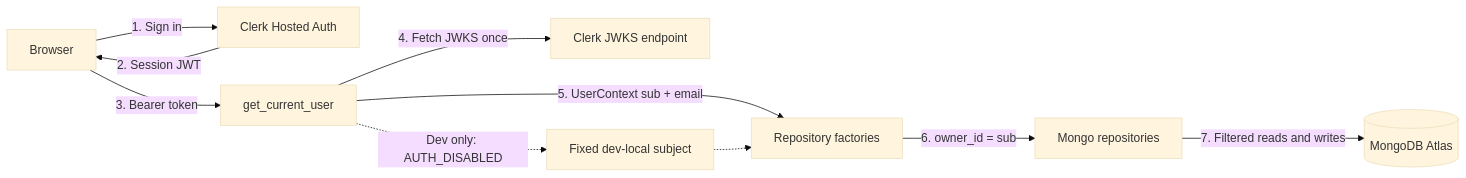
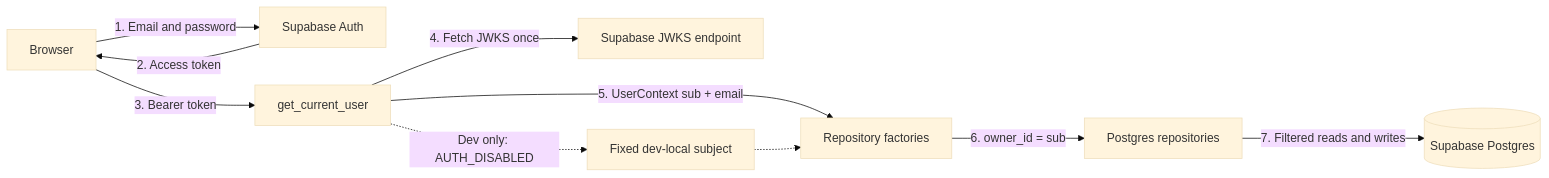
One commit to rachit-suresh/stock-journal changed the second of 7 diagrams in docs/architecture.md. Above: the diagram before and after it, drawn with Mermaid (base theme). The commit also changed other lines of this file and 5 other files, not shown here.

First line of the commit message:
docs: bring the v1.5 architecture, knowledge map, deployment guide and decision log up to date

````diff
--- a/docs/architecture.md
+++ b/docs/architecture.md
@@ -66,12 +66,12 @@
 ```mermaid
 graph LR
-    U["Browser"] -->|"1. Sign in"| CL["Clerk Hosted Auth"]
-    CL -->|"2. Session JWT"| U
+    U["Browser"] -->|"1. Email and password"| CL["Supabase Auth"]
+    CL -->|"2. Access token"| U
     U -->|"3. Bearer token"| G["get_current_user"]
-    G -->|"4. Fetch JWKS once"| JW["Clerk JWKS endpoint"]
+    G -->|"4. Fetch JWKS once"| JW["Supabase JWKS endpoint"]
     G -->|"5. UserContext sub + email"| F["Repository factories"]
-    F -->|"6. owner_id = sub"| R["Mongo repositories"]
-    R -->|"7. Filtered reads and writes"| DB[("MongoDB Atlas")]
+    F -->|"6. owner_id = sub"| R["Postgres repositories"]
+    R -->|"7. Filtered reads and writes"| DB[("Supabase Postgres")]
     G -.->|"Dev only: AUTH_DISABLED"| DEV["Fixed dev-local subject"]
     DEV -.-> F
 ```
````
